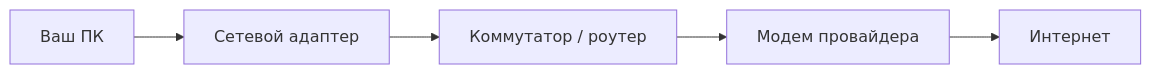
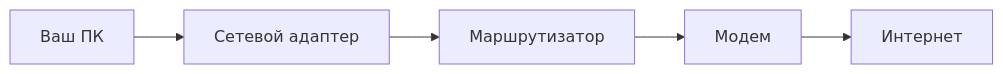
Before and after one commit to Spirzen/it-knowledge-base: the second of 2 diagrams in docs/encyclopedia/1-basics/1-035-bazovaya-informatika/3.md, drawn with Mermaid. The commit also changed other lines of this file and 573 other files, not shown here.

````diff
--- a/docs/encyclopedia/1-basics/1-035-bazovaya-informatika/3.md
+++ b/docs/encyclopedia/1-basics/1-035-bazovaya-informatika/3.md
@@ -271,7 +272,7 @@
 ```mermaid
 flowchart LR
     PC[Ваш ПК] --> NIC[Сетевой адаптер]
-    NIC --> SW[Коммутатор / роутер]
-    SW --> MOD[Модем провайдера]
+    NIC --> RT[Маршрутизатор]
+    RT --> MOD[Модем]
     MOD --> ISP[Интернет]
 ```
````
